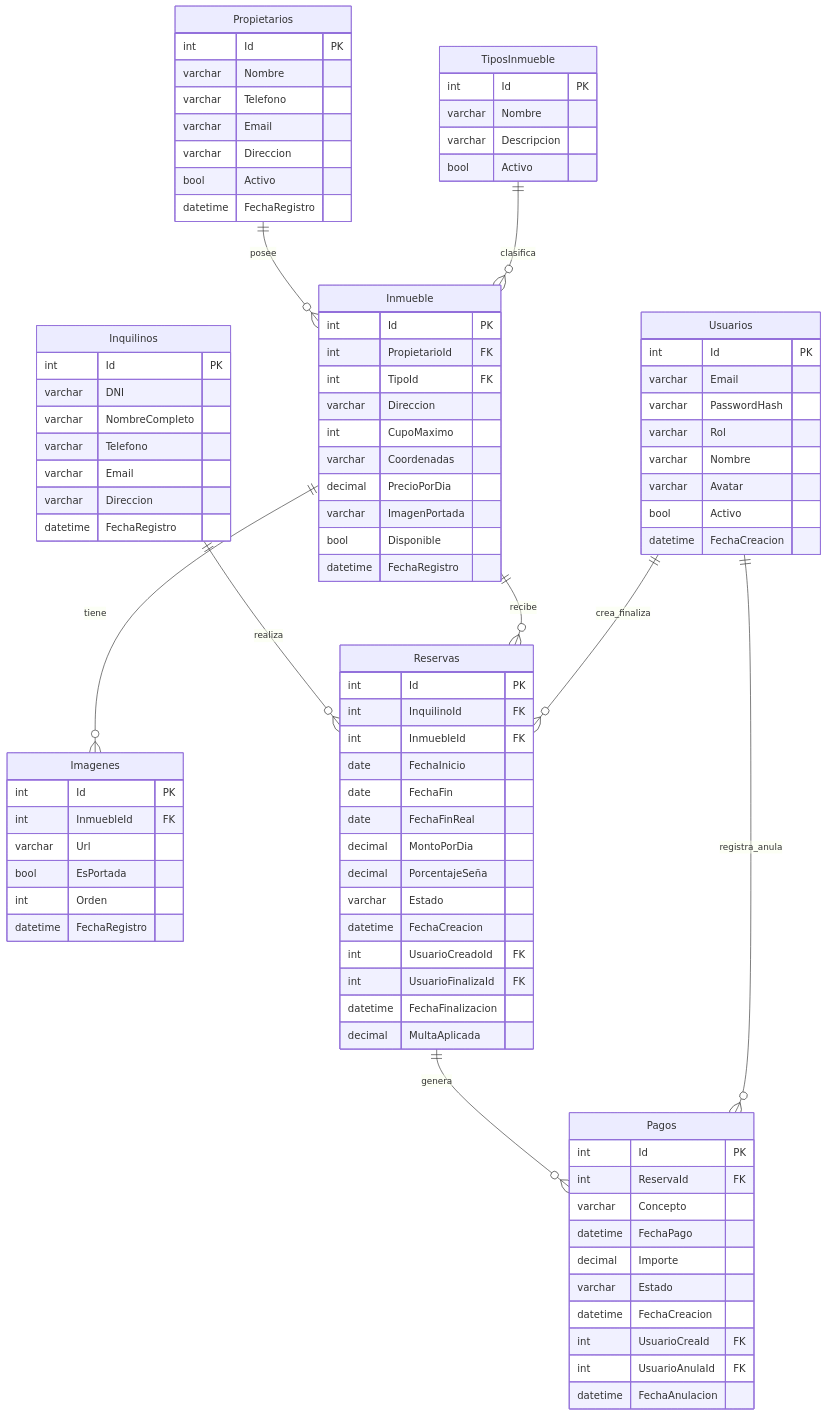
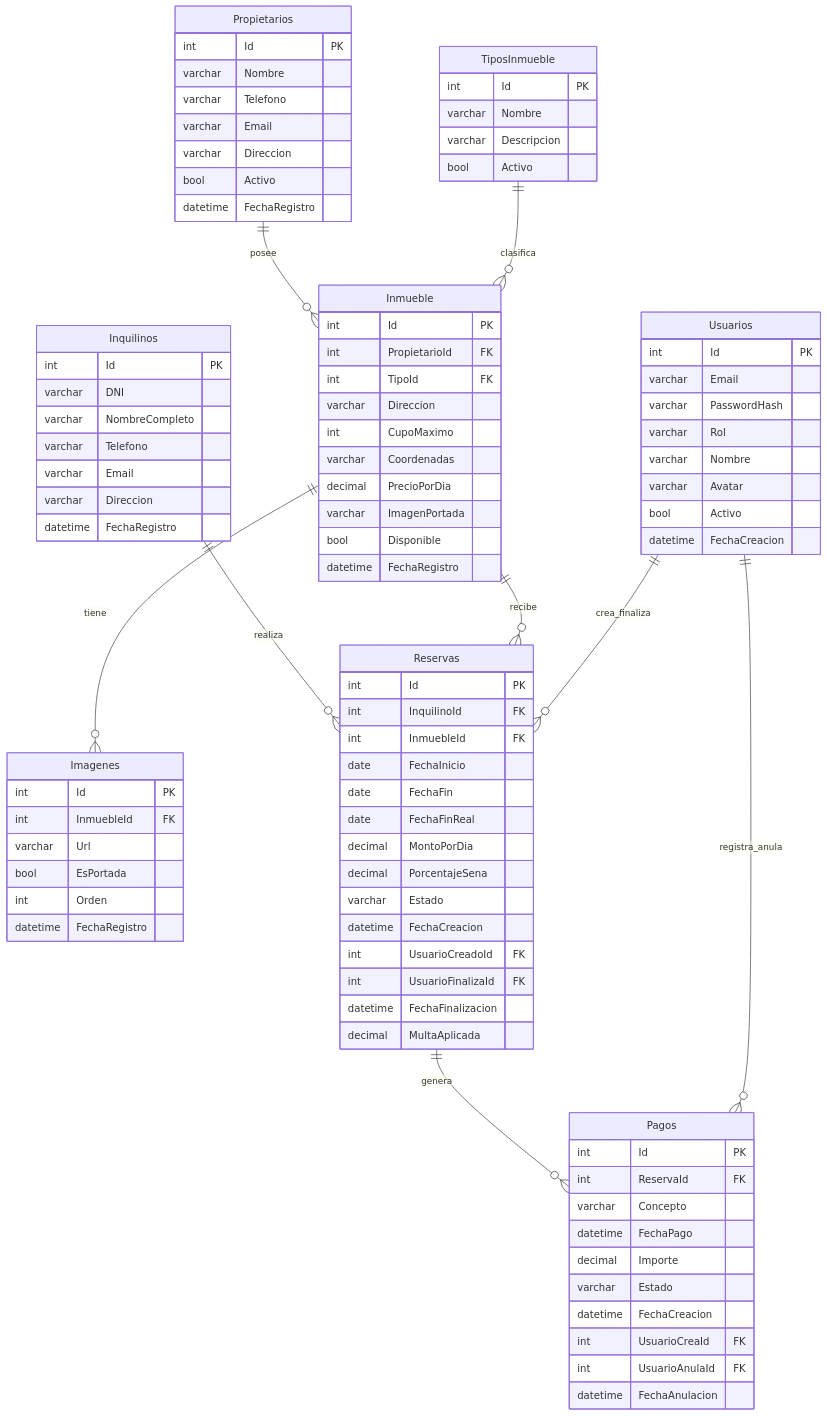
One commit to Federico-Galan/InmoDev changed the diagram in README.md. Above: the diagram before and after it, drawn with Mermaid. The commit also changed other lines of this file and 28 other files, not shown here.

Commit message:
Agregar ABM propietarios e inquilinos

````diff
--- a/README.md
+++ b/README.md
@@ -31,7 +126,7 @@
         varchar Descripcion
         bool Activo
     }
-    
+
     Propietarios {
         int Id PK
         varchar Nombre
@@ -41,7 +136,7 @@
         bool Activo
         datetime FechaRegistro
     }
-    
+
     Inquilinos {
         int Id PK
         varchar DNI
@@ -51,7 +146,7 @@
         varchar Direccion
         datetime FechaRegistro
     }
-    
+
     Usuarios {
         int Id PK
         varchar Email
@@ -62,7 +157,7 @@
         bool Activo
         datetime FechaCreacion
     }
-    
+
     Inmueble {
         int Id PK
         int PropietarioId FK
@@ -75,7 +170,7 @@
         bool Disponible
         datetime FechaRegistro
     }
-    
+
     Imagenes {
         int Id PK
         int InmuebleId FK
@@ -84,7 +179,7 @@
         int Orden
         datetime FechaRegistro
     }
-    
+
     Reservas {
         int Id PK
         int InquilinoId FK
@@ -93,7 +188,7 @@
         date FechaFin
         date FechaFinReal
         decimal MontoPorDia
-        decimal PorcentajeSeña
+        decimal PorcentajeSena
         varchar Estado
         datetime FechaCreacion
         int UsuarioCreadoId FK
@@ -101,7 +196,7 @@
         datetime FechaFinalizacion
         decimal MultaAplicada
     }
-    
+
     Pagos {
         int Id PK
         int ReservaId FK
@@ -114,13 +209,13 @@
         int UsuarioAnulaId FK
         datetime FechaAnulacion
     }
-    
-    Propietarios ||--o{ Inmueble : "posee"
-    TiposInmueble ||--o{ Inmueble : "clasifica"
-    Inmueble ||--o{ Imagenes : "tiene"
-    Inquilinos ||--o{ Reservas : "realiza"
-    Inmueble ||--o{ Reservas : "recibe"
-    Usuarios ||--o{ Reservas : "crea_finaliza"
-    Reservas ||--o{ Pagos : "genera"
-    Usuarios ||--o{ Pagos : "registra_anula"
+
+    Propietarios ||--o{ Inmueble : posee
+    TiposInmueble ||--o{ Inmueble : clasifica
+    Inmueble ||--o{ Imagenes : tiene
+    Inquilinos ||--o{ Reservas : realiza
+    Inmueble ||--o{ Reservas : recibe
+    Usuarios ||--o{ Reservas : crea_finaliza
+    Reservas ||--o{ Pagos : genera
+    Usuarios ||--o{ Pagos : registra_anula
 ```
````
